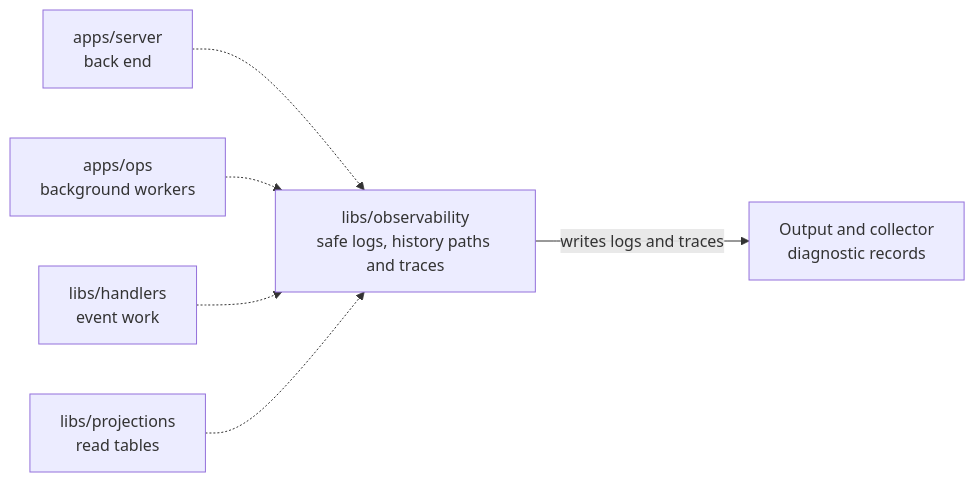
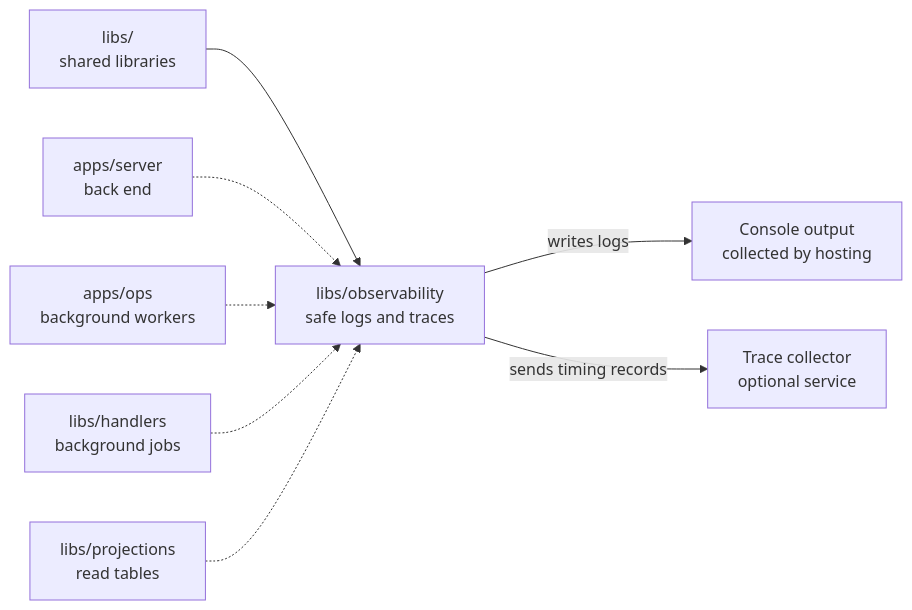
One commit to elewa-git/opencrane-new changed the diagram in libs/observability/README.md. Above: the diagram before and after it, drawn with Mermaid. The commit also changed other lines of this file and 8 other files, not shown here.

Commit message:
📚 Explain the shared libraries in plain language.

````diff
--- a/libs/observability/README.md
+++ b/libs/observability/README.md
@@ -11,8 +17,10 @@
 ```mermaid
 flowchart LR
-  server["apps/server<br/>back end"] -.-> obs["libs/observability<br/>safe logs, history paths and traces"]
+  parent["libs/<br/>shared libraries"] --> obs["libs/observability<br/>safe logs and traces"]
+  server["apps/server<br/>back end"] -.-> obs
   ops["apps/ops<br/>background workers"] -.-> obs
-  handlers["libs/handlers<br/>event work"] -.-> obs
+  handlers["libs/handlers<br/>background jobs"] -.-> obs
   projections["libs/projections<br/>read tables"] -.-> obs
-  obs -->|writes logs and traces| output["Output and collector<br/>diagnostic records"]
+  obs -->|writes logs| output["Console output<br/>collected by hosting"]
+  obs -->|sends timing records| collector["Trace collector<br/>optional service"]
 ```
````
